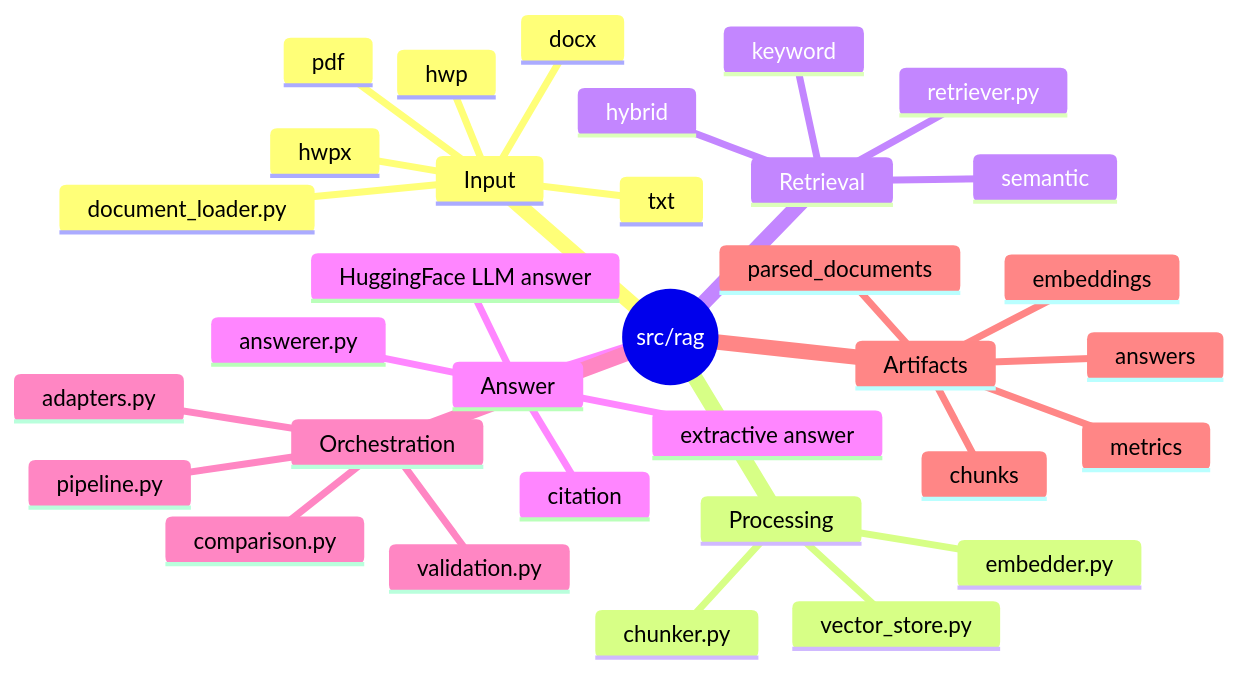
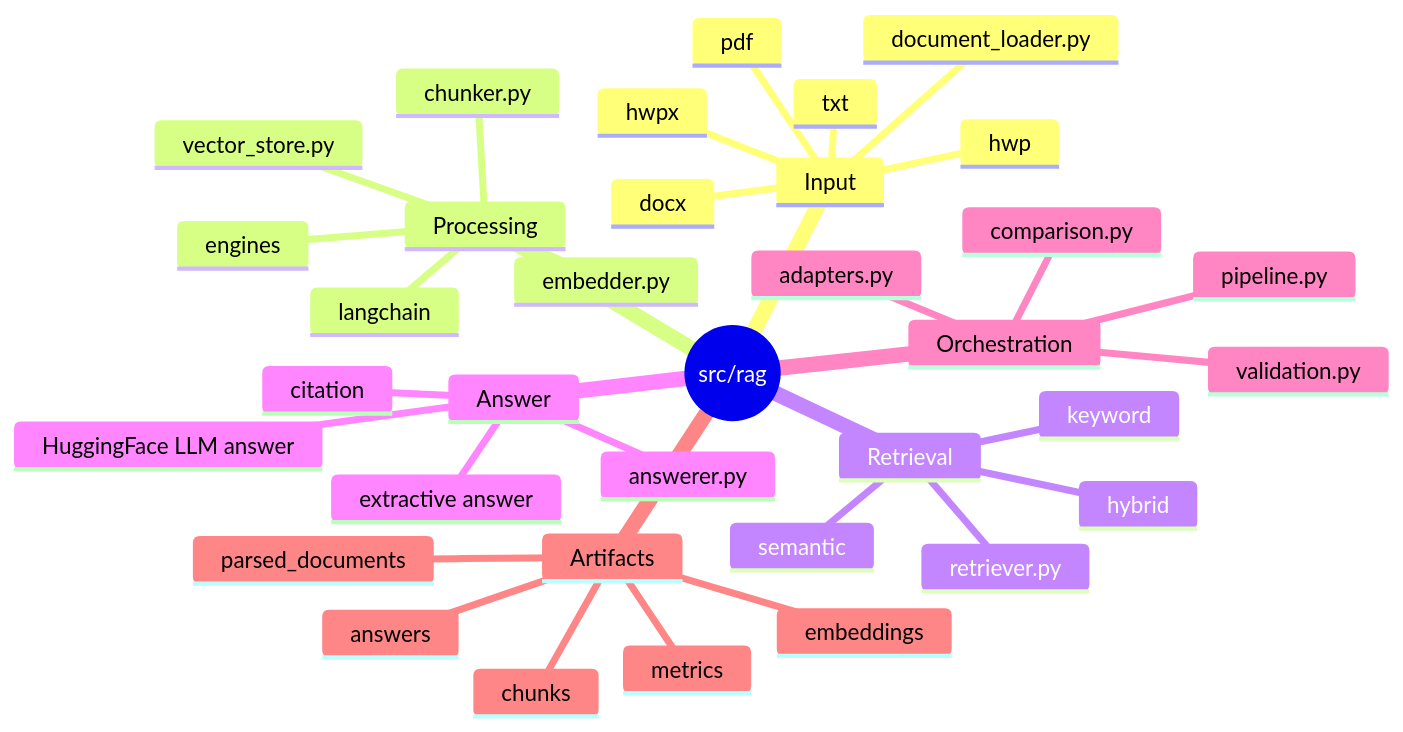
Before and after one commit to Codeit-Part3-6Team/Codeit-Part3-6Team-Project: the diagram in src/rag/README.md, drawn with Mermaid. The commit also changed other lines of this file and 14 other files, not shown here.

````diff
--- a/src/rag/README.md
+++ b/src/rag/README.md
@@ -7,36 +8,38 @@
 ```mermaid
 mindmap
   root((src/rag))
     Input
       document_loader.py
       txt
       pdf
       docx
       hwpx
       hwp
     Processing
+      engines
+      langchain
       chunker.py
       embedder.py
       vector_store.py
     Retrieval
       retriever.py
       keyword
       semantic
       hybrid
     Answer
       answerer.py
       citation
       extractive answer
       HuggingFace LLM answer
     Orchestration
       adapters.py
       pipeline.py
       validation.py
       comparison.py
     Artifacts
       parsed_documents
       chunks
       embeddings
       answers
       metrics
 ```
````
